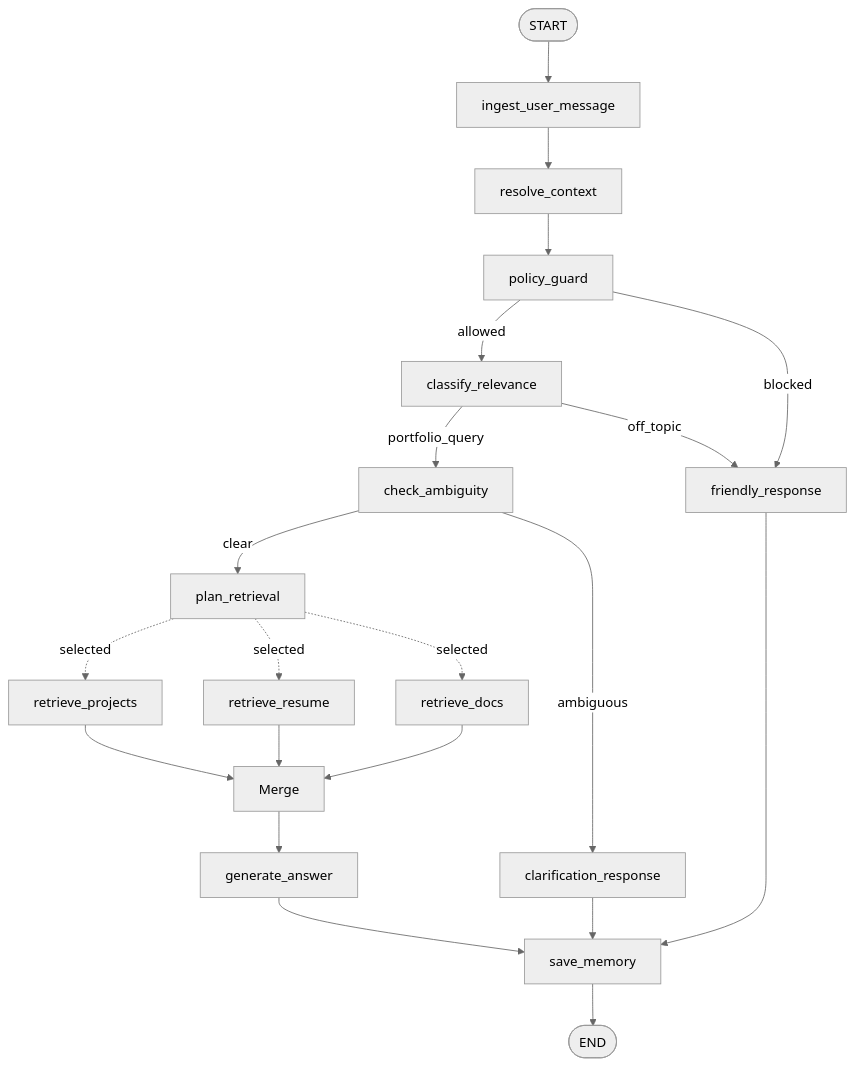
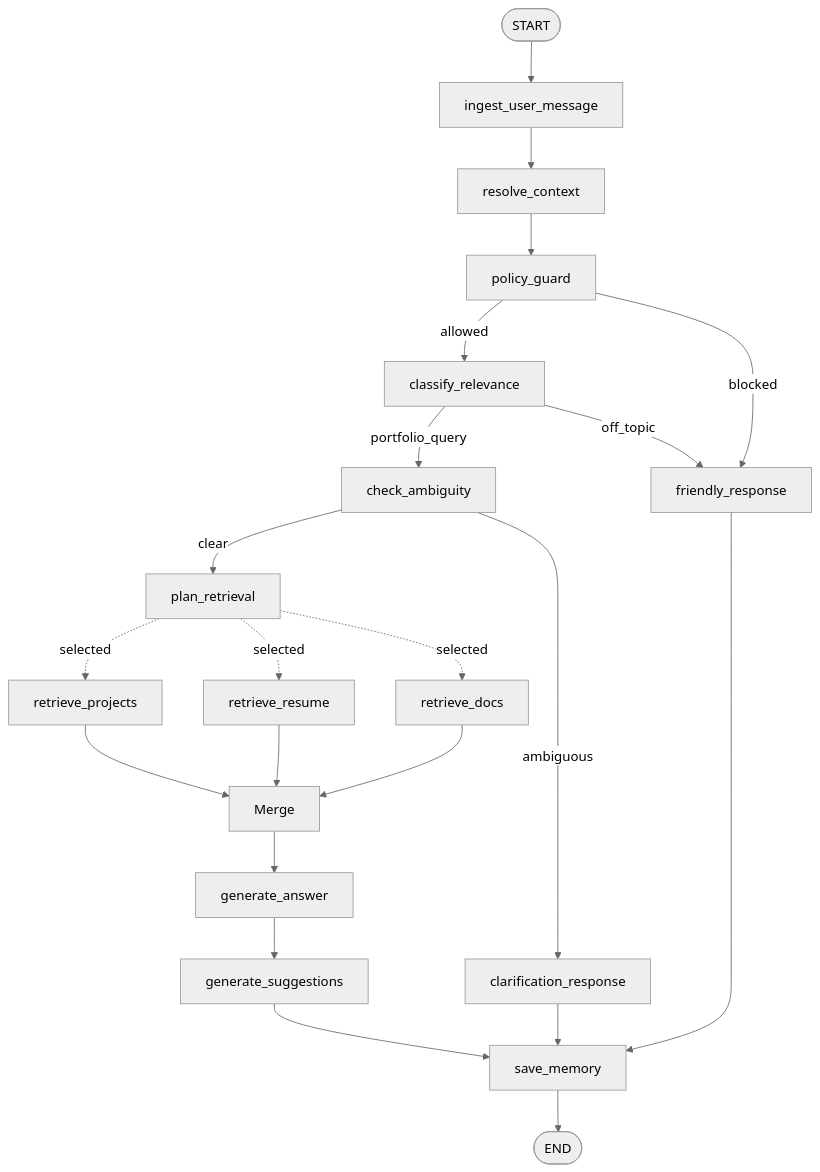
The third of 6 diagrams in LANGGRAPH_ARCHITECTURE.md (yubi00/portfolio-assistant-langgraph), drawn with Mermaid (neutral theme) before and after one commit. The commit also changed other lines of this file and 16 other files, not shown here.

````diff
--- a/LANGGRAPH_ARCHITECTURE.md
+++ b/LANGGRAPH_ARCHITECTURE.md
@@ -247,27 +247,28 @@
 ```mermaid
 flowchart TD
     START([START]) --> Ingest[ingest_user_message]
     Ingest --> Resolve[resolve_context]
     Resolve --> Policy[policy_guard]
 
     Policy -->|allowed| Classify[classify_relevance]
     Policy -->|blocked| Friendly[friendly_response]
 
     Classify -->|portfolio_query| Ambiguity[check_ambiguity]
     Classify -->|off_topic| Friendly[friendly_response]
 
     Ambiguity -->|clear| Plan[plan_retrieval]
     Ambiguity -->|ambiguous| Clarify[clarification_response]
 
     Plan -. selected .-> Projects[retrieve_projects]
     Plan -. selected .-> Resume[retrieve_resume]
     Plan -. selected .-> Docs[retrieve_docs]
     Projects --> Merge
     Resume --> Merge
     Docs --> Merge
     Merge --> Answer[generate_answer]
-    Answer --> Save[save_memory]
+    Answer --> Suggestions[generate_suggestions]
+    Suggestions --> Save[save_memory]
     Clarify --> Save
     Friendly --> Save
     Save --> END([END])
 ```
````
